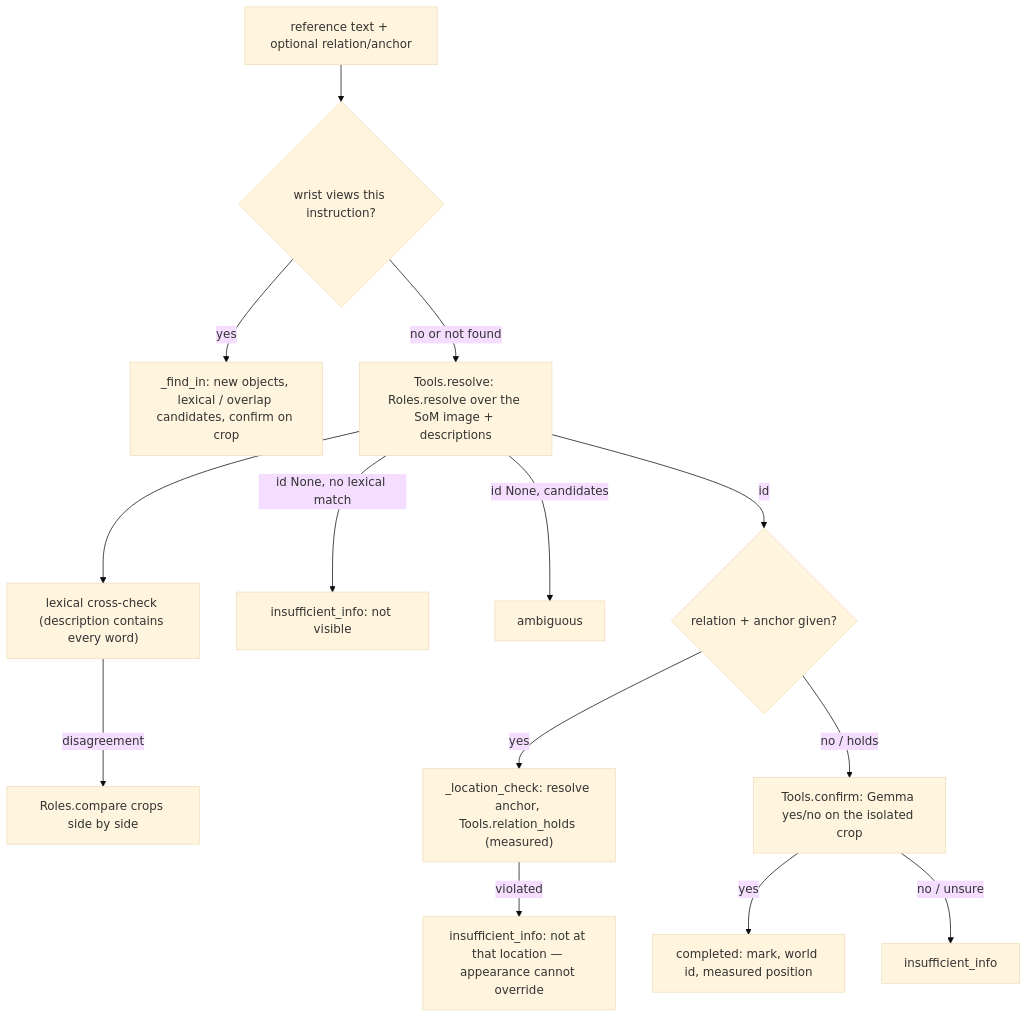
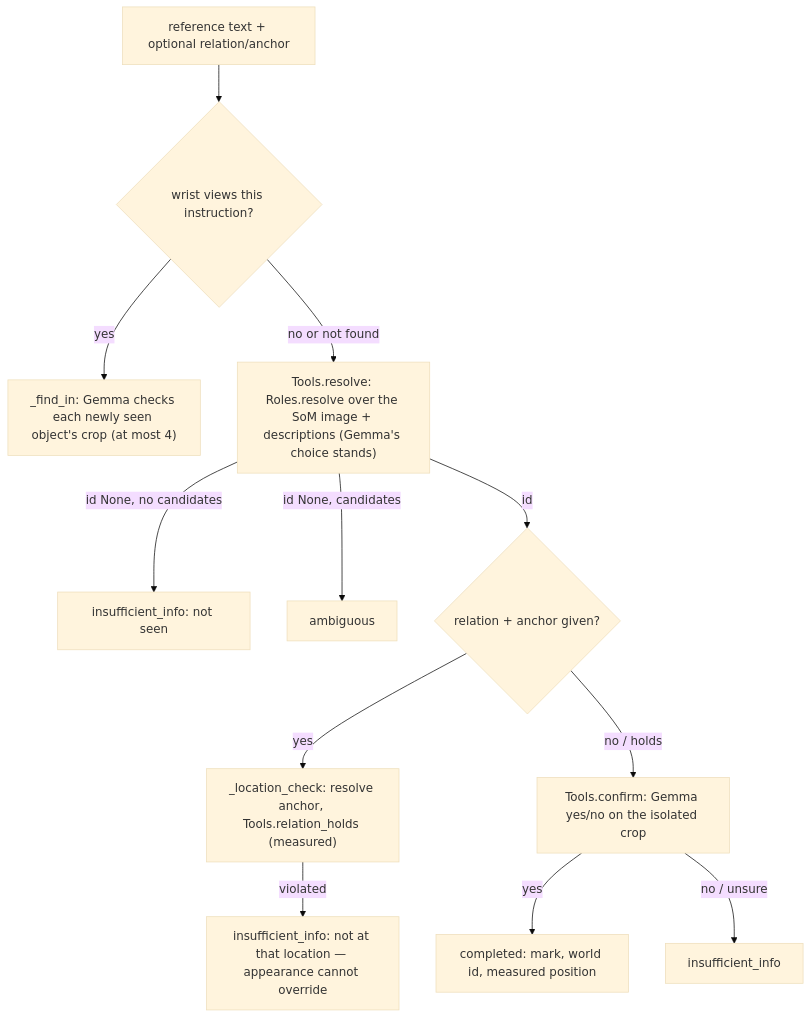
The fourth of 5 diagrams in docs/architecture/EXECUTION_FLOW.md (mahnoorkhalid369/MAVLA-RTM), drawn with Mermaid (base theme) before and after one commit. The commit also changed other lines of this file and 5 other files, not shown here.

First line of the commit message:
Docs: Priority 1 cleanup report; architecture, execution flow and functionality map without the removed rules

````diff
--- a/docs/architecture/EXECUTION_FLOW.md
+++ b/docs/architecture/EXECUTION_FLOW.md
@@ -156,16 +159,14 @@
 ```mermaid
 flowchart TD
   S[reference text + optional relation/anchor] --> W{wrist views this instruction?}
-  W -->|yes| FI["_find_in: new objects, lexical / overlap candidates, confirm on crop"]
-  W -->|no or not found| R["Tools.resolve: Roles.resolve over the SoM image + descriptions"]
-  R --> LX["lexical cross-check (description contains every word)"]
-  LX -->|disagreement| CMP[Roles.compare crops side by side]
-  R -->|id None, no lexical match| NV[insufficient_info: not visible]
+  W -->|yes| FI["_find_in: Gemma checks each newly seen object's crop (at most 4)"]
+  W -->|no or not found| R["Tools.resolve: Roles.resolve over the SoM image + descriptions (Gemma's choice stands)"]
+  R -->|id None, no candidates| NV[insufficient_info: not seen]
   R -->|id None, candidates| AMB[ambiguous]
   R -->|id| LOC{"relation + anchor given?"}
   LOC -->|yes| LC["_location_check: resolve anchor, Tools.relation_holds (measured)"]
   LC -->|violated| REJ[insufficient_info: not at that location — appearance cannot override]
   LOC -->|no / holds| CF["Tools.confirm: Gemma yes/no on the isolated crop"]
   CF -->|yes| OK[completed: mark, world id, measured position]
   CF -->|no / unsure| NO[insufficient_info]
 ```
````
